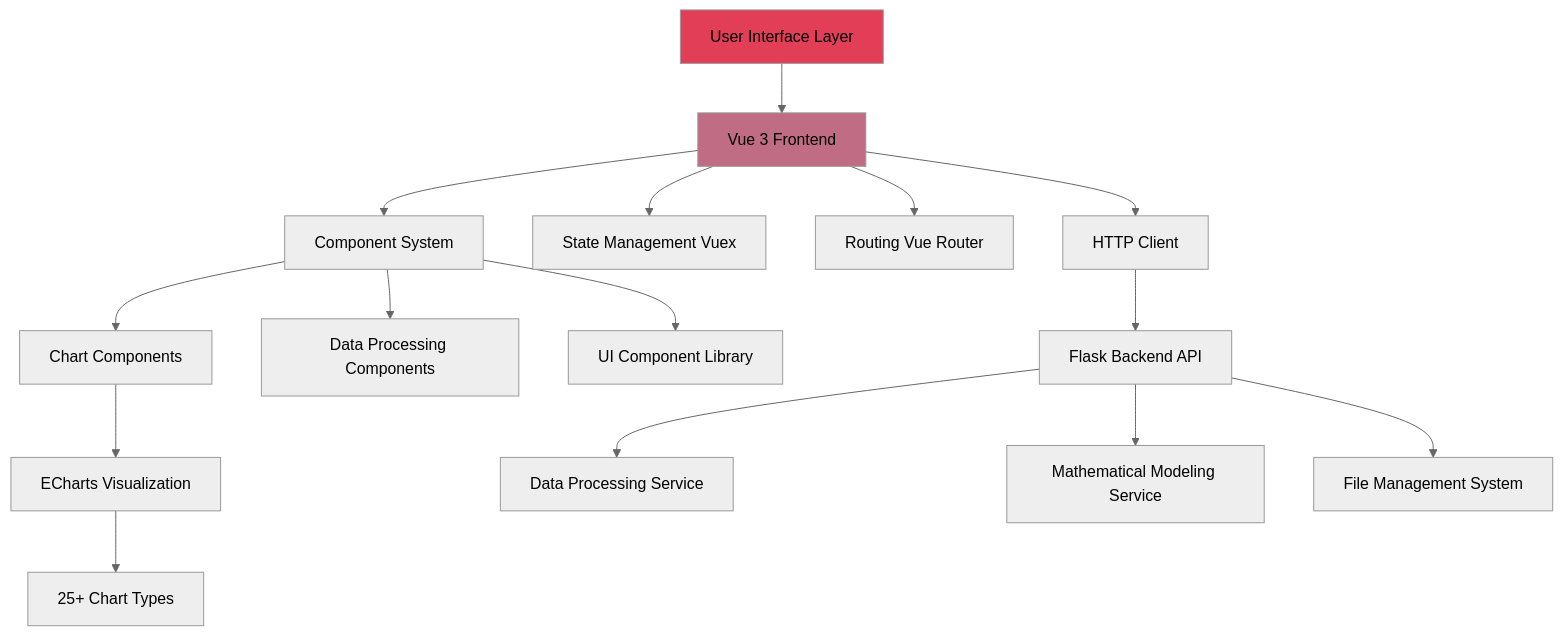
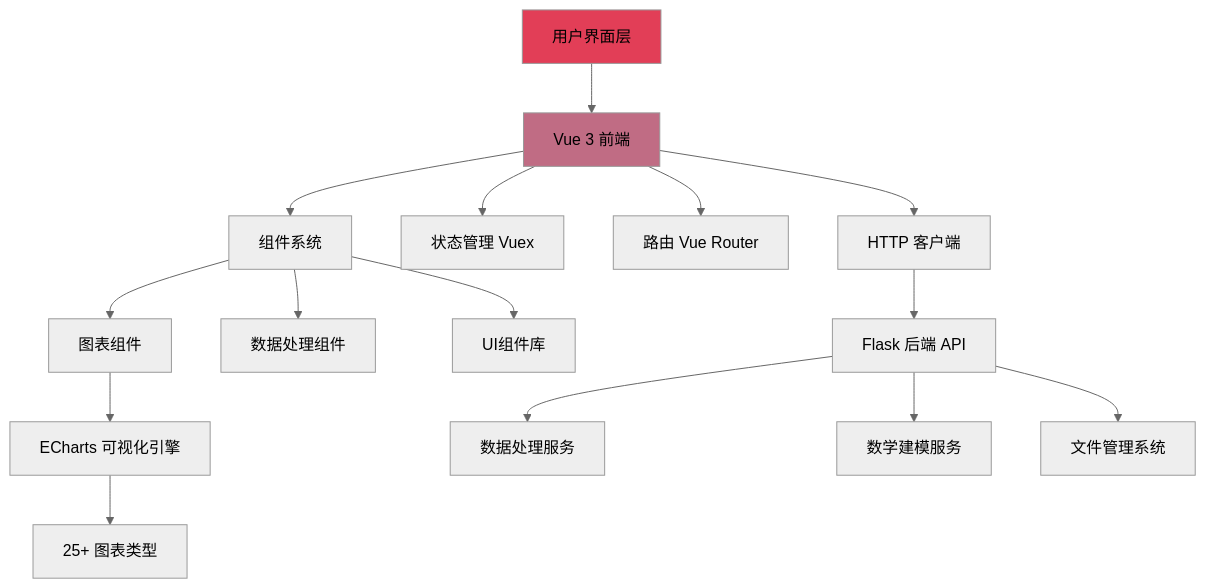
One commit to TiiJeiJ8/AetherLab changed the diagram in README.md. Above: the diagram before and after it, drawn with Mermaid (neutral theme). The commit also changed other lines of this file and 1 other file, not shown here.

````diff
--- a/README.md
+++ b/README.md
@@ -11,24 +63,23 @@
 ```mermaid
 graph TB
-    A[User Interface Layer] --> B[Vue 3 Frontend]
-    B --> C[Component System]
-    B --> D[State Management Vuex]
-    B --> E[Routing Vue Router]
+    A[用户界面层] --> B[Vue 3 前端]
+    B --> C[组件系统]
+    B --> D[状态管理 Vuex]
+    B --> E[路由 Vue Router]
     
-    C --> F[Chart Components]
-    C --> G[Data Processing Components]
-    C --> H[UI Component Library]
+    C --> F[图表组件]
+    C --> G[数据处理组件]
+    C --> H[UI组件库]
     
-    F --> I[ECharts Visualization]
-    I --> J[25+ Chart Types]
+    F --> I[ECharts 可视化引擎]
+    I --> J[25+ 图表类型]
     
-    B --> K[HTTP Client]
-    K --> L[Flask Backend API]
-    L --> M[Data Processing Service]
-    L --> N[Mathematical Modeling Service]
-    L --> O[File Management System]
+    B --> K[HTTP 客户端]
+    K --> L[Flask 后端 API]
+    L --> M[数据处理服务]
+    L --> N[数学建模服务]
+    L --> O[文件管理系统]
     
     style A fill:#e23e57
     style B fill:#c06c84
-
 ```
````
